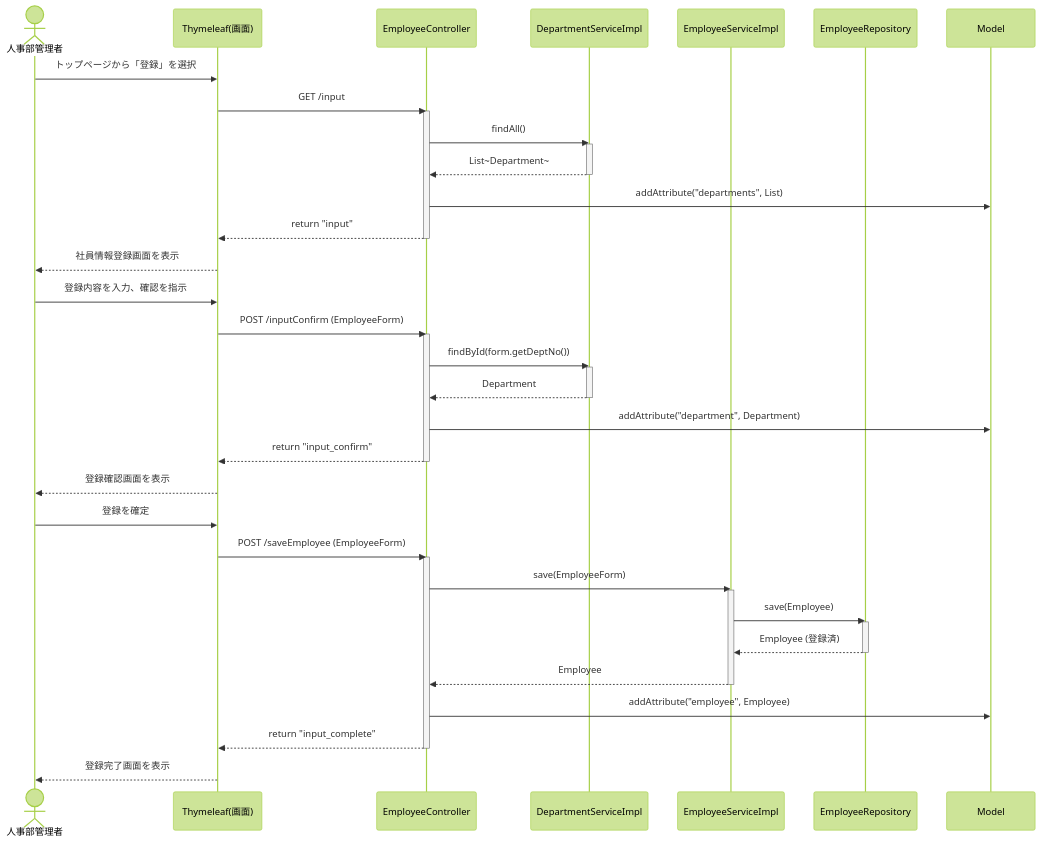
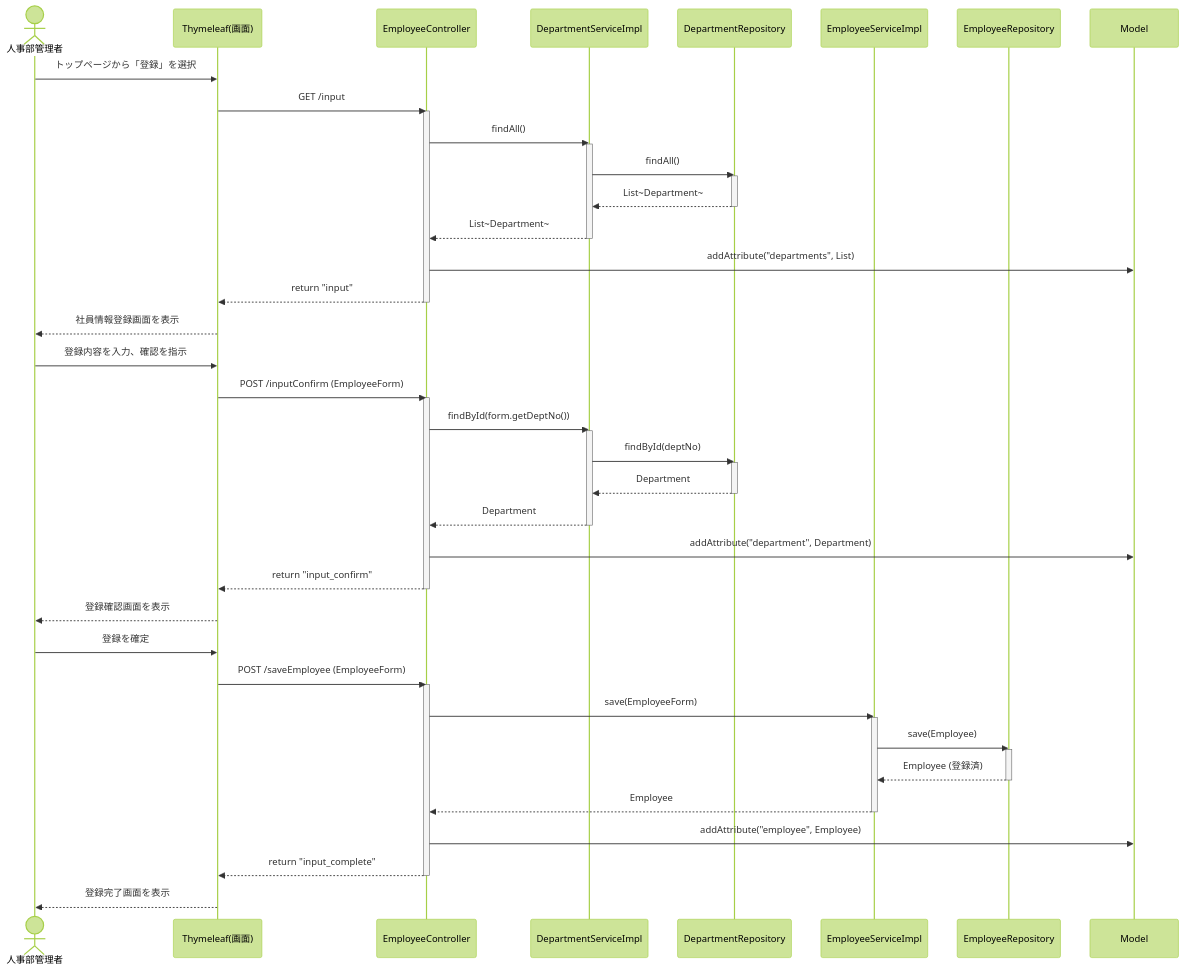
Before and after one commit to juyeongjung1/NewEIMS: diagram 23 of 25 in EIMS_Comprehensive_Exercise_Guide.md, drawn with Mermaid (forest theme). The commit also changed other lines of this file and 1 other file, not shown here.

````diff
--- a/EIMS_Comprehensive_Exercise_Guide.md
+++ b/EIMS_Comprehensive_Exercise_Guide.md
@@ -1696,54 +1835,63 @@
 ```mermaid
 sequenceDiagram
     actor Admin as 人事部管理者
     participant View as Thymeleaf(画面)
     participant Ctrl as EmployeeController
     participant DSvc as DepartmentServiceImpl
+    participant DRep as DepartmentRepository
     participant Svc as EmployeeServiceImpl
     participant Rep as EmployeeRepository
     participant Model as Model
 
     Admin ->> View: トップページから「登録」を選択
     View ->> Ctrl: GET /input
     activate Ctrl
     Ctrl ->> DSvc: findAll()
     activate DSvc
+    DSvc ->> DRep: findAll()
+    activate DRep
+    DRep -->> DSvc: List~Department~
+    deactivate DRep
     DSvc -->> Ctrl: List~Department~
     deactivate DSvc
     Ctrl ->> Model: addAttribute("departments", List)
     Ctrl -->> View: return "input"
     deactivate Ctrl
     View -->> Admin: 社員情報登録画面を表示
 
     Admin ->> View: 登録内容を入力、確認を指示
     View ->> Ctrl: POST /inputConfirm (EmployeeForm)
     activate Ctrl
-    
+  
     Ctrl ->> DSvc: findById(form.getDeptNo())
     activate DSvc
+    DSvc ->> DRep: findById(deptNo)
+    activate DRep
+    DRep -->> DSvc: Department
+    deactivate DRep
     DSvc -->> Ctrl: Department
     deactivate DSvc
-    
+  
     Ctrl ->> Model: addAttribute("department", Department)
     Ctrl -->> View: return "input_confirm"
     deactivate Ctrl
     View -->> Admin: 登録確認画面を表示
-    
+  
     Admin ->> View: 登録を確定
     View ->> Ctrl: POST /saveEmployee (EmployeeForm)
     activate Ctrl
-    
+  
     Ctrl ->> Svc: save(EmployeeForm)
     activate Svc
     Svc ->> Rep: save(Employee)
     activate Rep
     Rep -->> Svc: Employee (登録済)
     deactivate Rep
     Svc -->> Ctrl: Employee
     deactivate Svc
     Ctrl ->> Model: addAttribute("employee", Employee)
-    
+  
     Ctrl -->> View: return "input_complete"
     deactivate Ctrl
     View -->> Admin: 登録完了画面を表示
 ```
````
